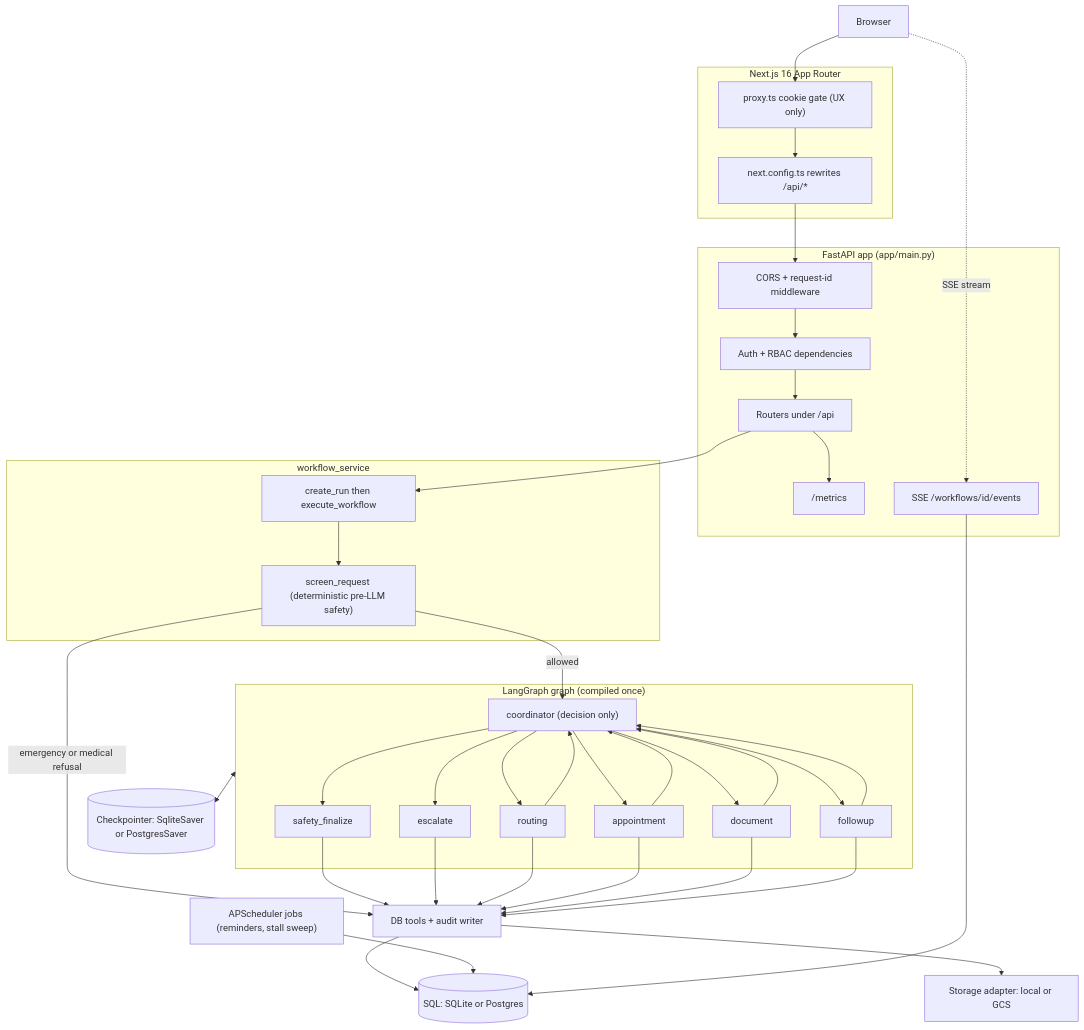
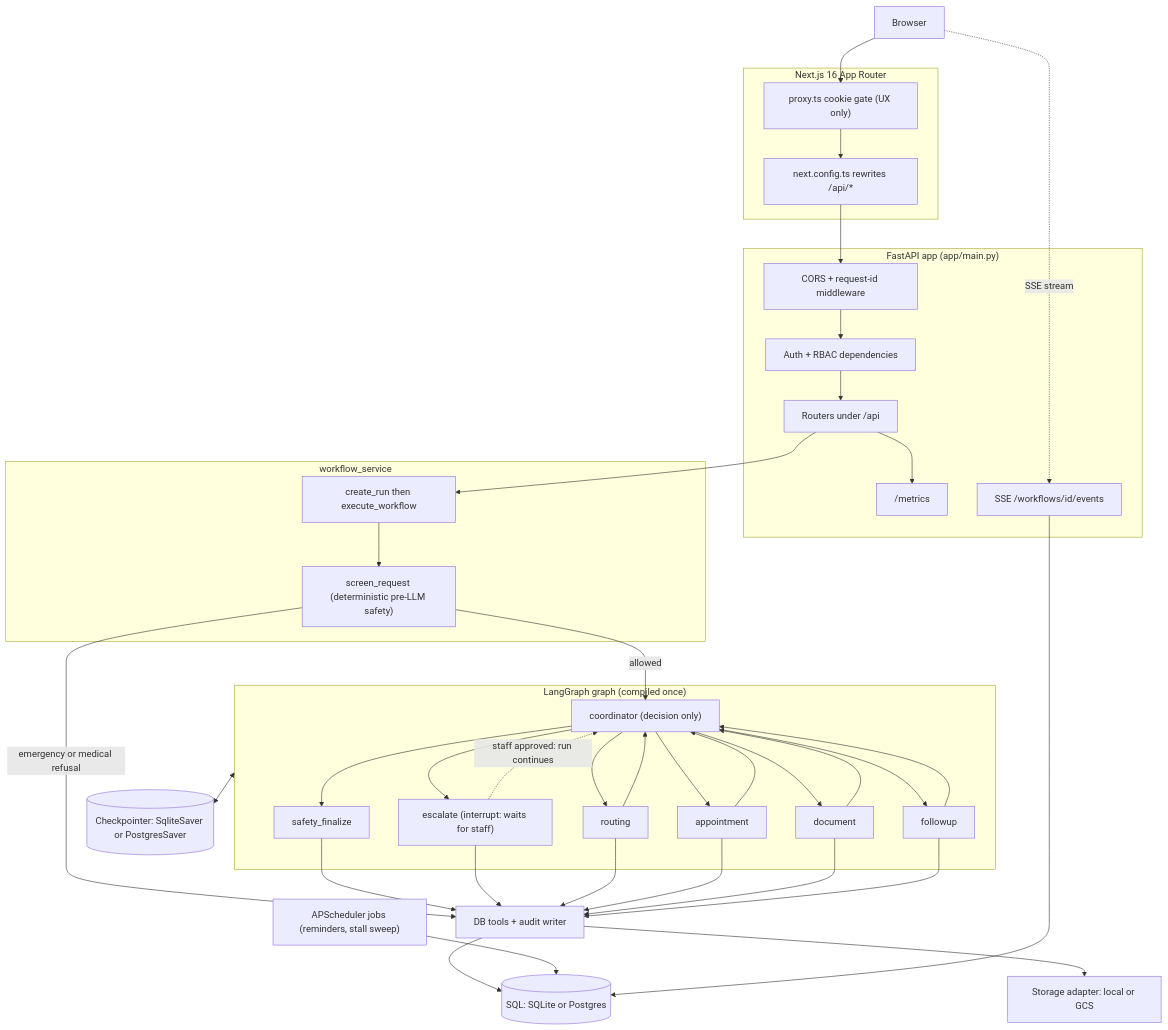
Before and after one commit to Gaurang140/agentcare: the diagram in docs/architecture.mmd, drawn with Mermaid. The commit also changed 3 other files, not shown here.

```diff
--- a/docs/architecture.mmd
+++ b/docs/architecture.mmd
@@ -1,61 +1,62 @@
 %% AgentCare system architecture. Source of truth for docs/architecture.md.
 %% Restrained node style, no emoji. Regenerate the copy in architecture.md
 %% from this file when it changes.
 flowchart TD
     browser["Browser"]
 
     subgraph frontend["Next.js 16 App Router"]
         proxy["proxy.ts cookie gate (UX only)"]
         rewrites["next.config.ts rewrites /api/*"]
     end
 
     subgraph api["FastAPI app (app/main.py)"]
         mw["CORS + request-id middleware"]
         rbac["Auth + RBAC dependencies"]
         routers["Routers under /api"]
         metrics["/metrics"]
         sse["SSE /workflows/id/events"]
     end
 
     subgraph service["workflow_service"]
         screen["screen_request (deterministic pre-LLM safety)"]
         run["create_run then execute_workflow"]
     end
 
     subgraph lg["LangGraph graph (compiled once)"]
         coord["coordinator (decision only)"]
         routing["routing"]
         appt["appointment"]
         doc["document"]
         followup["followup"]
         safety["safety_finalize"]
-        esc["escalate"]
+        esc["escalate (interrupt: waits for staff)"]
     end
 
     tools["DB tools + audit writer"]
     sql[("SQL: SQLite or Postgres")]
     store["Storage adapter: local or GCS"]
     ckpt[("Checkpointer: SqliteSaver or PostgresSaver")]
     sched["APScheduler jobs (reminders, stall sweep)"]
 
     browser --> proxy --> rewrites --> mw --> rbac --> routers --> run
     run --> screen
     screen -->|allowed| coord
     screen -->|emergency or medical refusal| tools
     coord --> routing --> coord
     coord --> appt --> coord
     coord --> doc --> coord
     coord --> followup --> coord
     coord --> safety --> tools
     coord --> esc --> tools
+    esc -. "staff approved: run continues" .-> coord
     routing --> tools
     appt --> tools
     doc --> tools
     followup --> tools
     tools --> sql
     tools --> store
     lg <--> ckpt
     sched --> sql
     routers --> metrics
     sse --> sql
     browser -. SSE stream .-> sse
```
